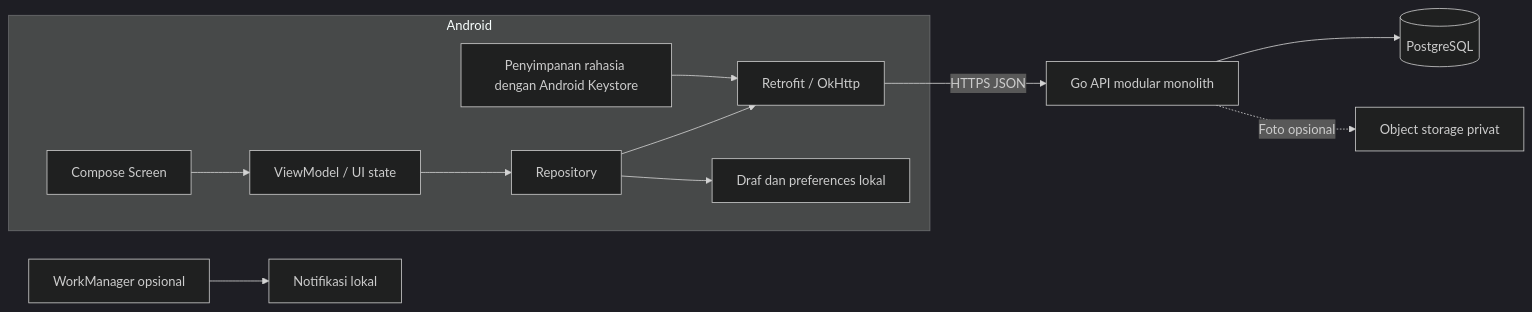
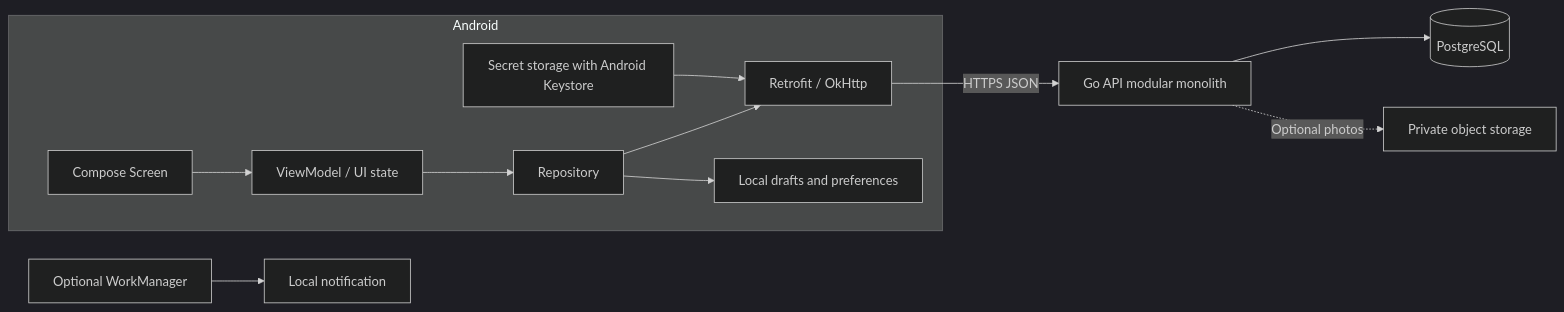
The first of 2 diagrams in docs/design-kit/ARCHITECTURE.md (waste-not-app/waste-not-android), drawn with Mermaid (dark theme) before and after one commit. The commit also changed other lines of this file and 10 other files, not shown here.

````diff
--- a/docs/design-kit/ARCHITECTURE.md
+++ b/docs/design-kit/ARCHITECTURE.md
@@ -27,14 +27,14 @@
 ```mermaid
 flowchart LR
     subgraph Android
       UI[Compose Screen] --> VM[ViewModel / UI state]
       VM --> Repo[Repository]
       Repo --> HTTP[Retrofit / OkHttp]
-      Repo --> Local[Draf dan preferences lokal]
-      Secret[Penyimpanan rahasia dengan Android Keystore] --> HTTP
+      Repo --> Local[Local drafts and preferences]
+      Secret[Secret storage with Android Keystore] --> HTTP
     end
     HTTP -->|HTTPS JSON| API[Go API modular monolith]
     API --> DB[(PostgreSQL)]
-    API -. Foto opsional .-> Storage[Object storage privat]
-    Work[WorkManager opsional] --> Reminder[Notifikasi lokal]
+    API -. Optional photos .-> Storage[Private object storage]
+    Work[Optional WorkManager] --> Reminder[Local notification]
 ```
````
